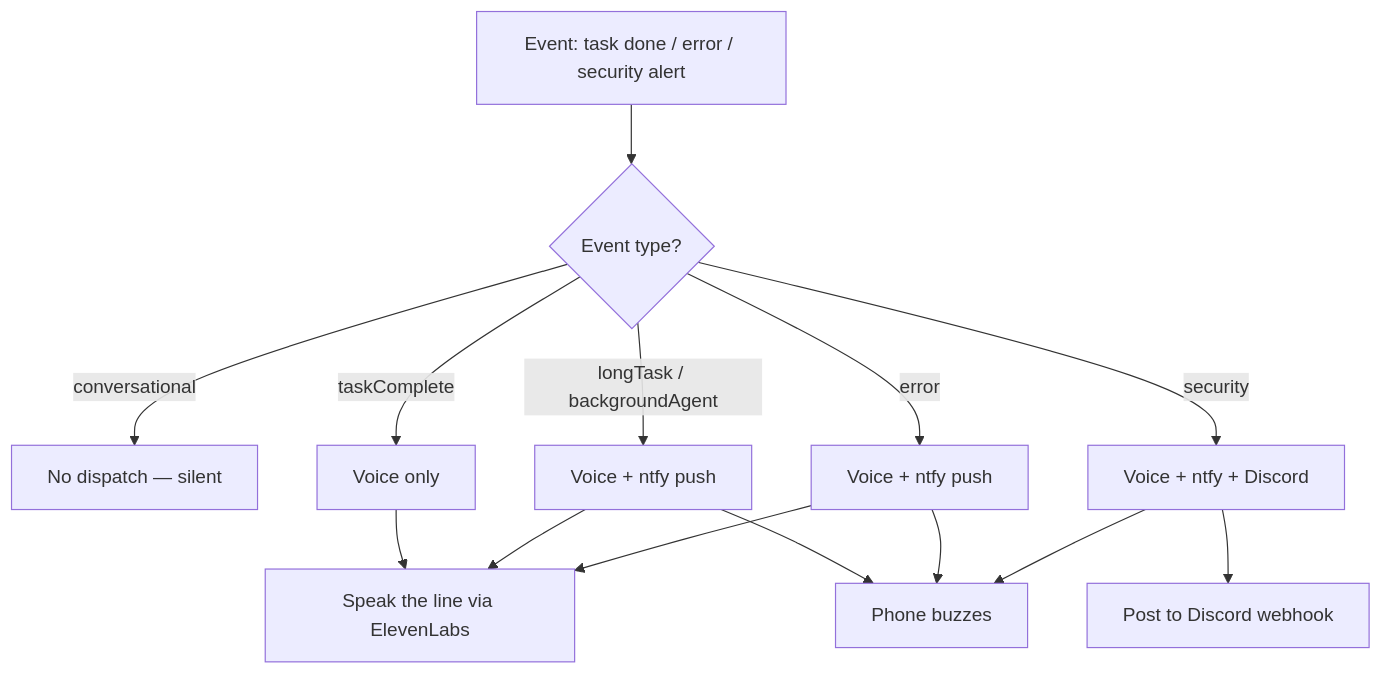
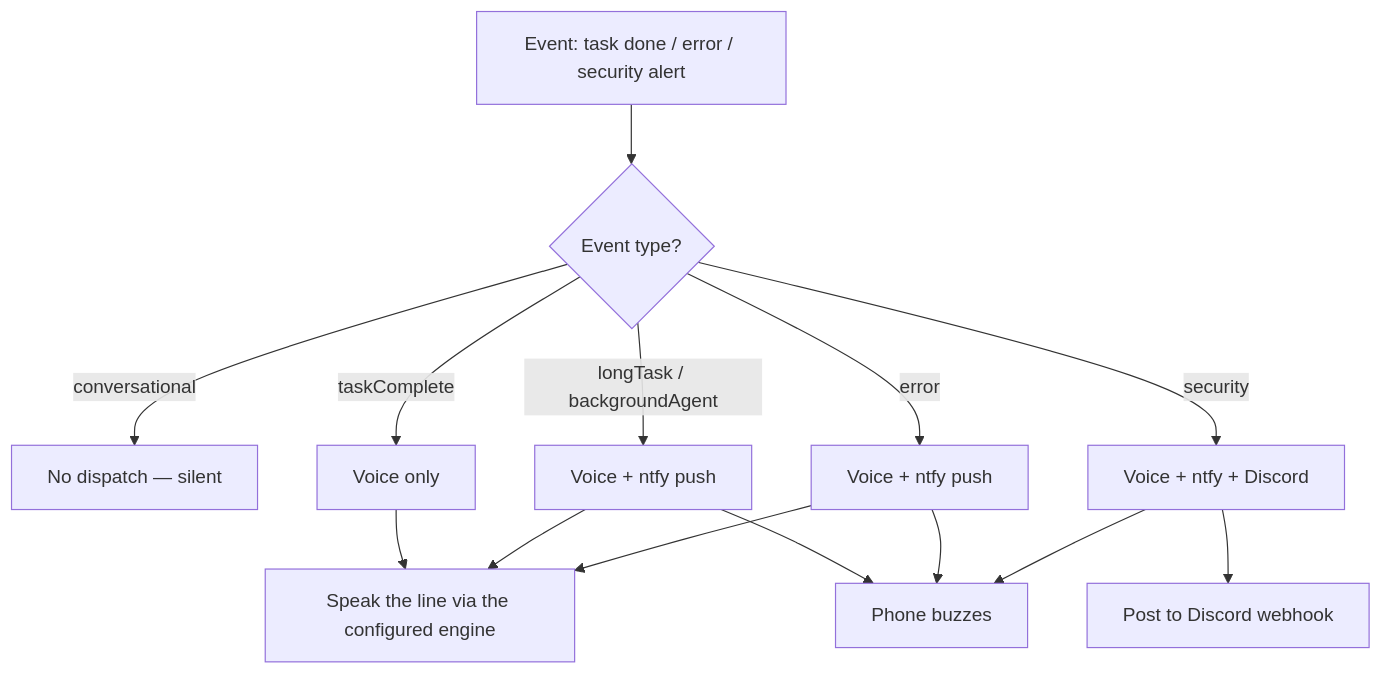
The diagram in nixfredOS/install/NIXFREDOS/DOCUMENTATION/Notifications/NotificationSystem.md (nixfred/nixfredOS), drawn with Mermaid before and after one commit. The commit also changed other lines of this file and 12 other files, not shown here.

````diff
--- a/nixfredOS/install/NIXFREDOS/DOCUMENTATION/Notifications/NotificationSystem.md
+++ b/nixfredOS/install/NIXFREDOS/DOCUMENTATION/Notifications/NotificationSystem.md
@@ -339,16 +339,16 @@
 ```mermaid
 flowchart TD
     A[Event: task done / error / security alert] --> B{Event type?}
     B -->|conversational| C[No dispatch — silent]
     B -->|taskComplete| D[Voice only]
     B -->|longTask / backgroundAgent| E[Voice + ntfy push]
     B -->|error| F[Voice + ntfy push]
     B -->|security| G[Voice + ntfy + Discord]
-    D --> H[Speak the line via ElevenLabs]
+    D --> H[Speak the line via the configured engine]
     E --> H
     F --> H
     E --> I[Phone buzzes]
     F --> I
     G --> I
     G --> J[Post to Discord webhook]
 ```
````
